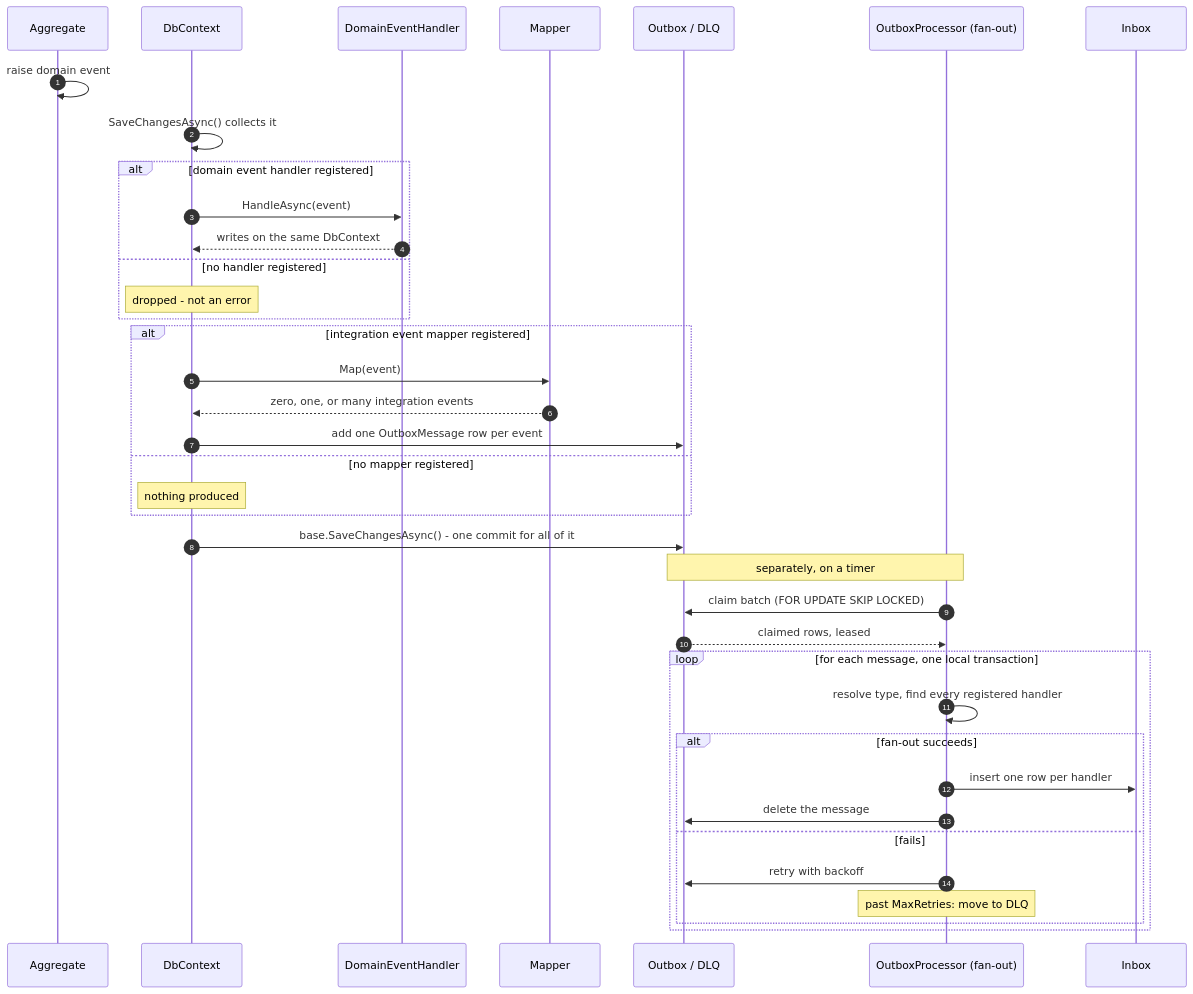
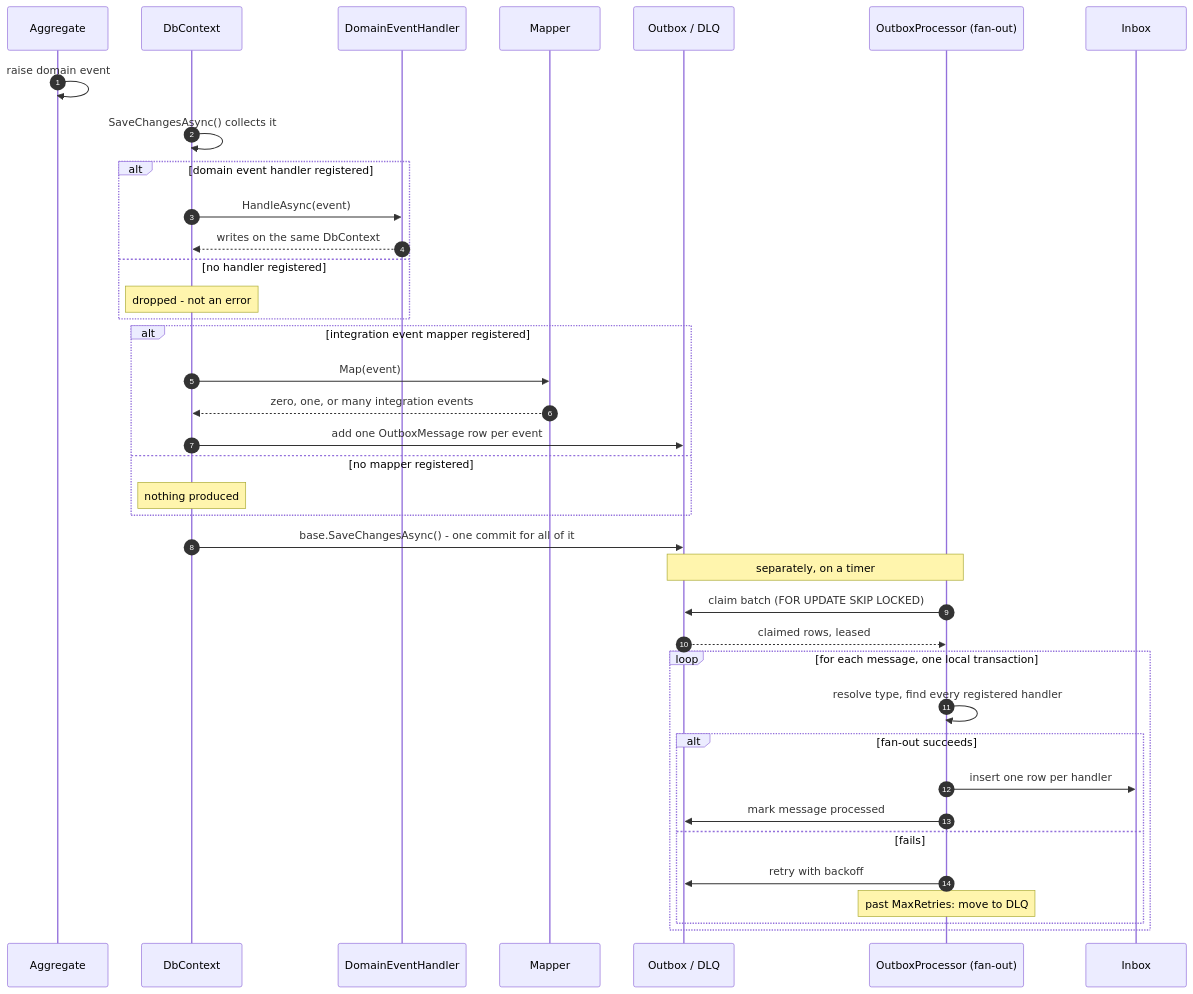
One commit to YannickUllisch/mirama-services changed the diagram in MiramaService/docs/design/background-jobs-outbox-flow.md. Above: the diagram before and after it, drawn with Mermaid. The commit also changed other lines of this file and 15 other files, not shown here.

````diff
--- a/MiramaService/docs/design/background-jobs-outbox-flow.md
+++ b/MiramaService/docs/design/background-jobs-outbox-flow.md
@@ -12,46 +14,46 @@
 ```mermaid
 sequenceDiagram
     autonumber
     participant Agg as Aggregate
     participant DC as DbContext
     participant DH as DomainEventHandler
     participant Map as Mapper
     participant Outbox as Outbox / DLQ
     participant Proc as OutboxProcessor (fan-out)
     participant Inbox as Inbox
 
     Agg->>Agg: raise domain event
     DC->>DC: SaveChangesAsync() collects it
 
     alt domain event handler registered
         DC->>DH: HandleAsync(event)
         DH-->>DC: writes on the same DbContext
     else no handler registered
         Note over DC: dropped - not an error
     end
 
     alt integration event mapper registered
         DC->>Map: Map(event)
         Map-->>DC: zero, one, or many integration events
         DC->>Outbox: add one OutboxMessage row per event
     else no mapper registered
         Note over DC: nothing produced
     end
 
     DC->>Outbox: base.SaveChangesAsync() - one commit for all of it
 
     Note over Proc,Outbox: separately, on a timer
     Proc->>Outbox: claim batch (FOR UPDATE SKIP LOCKED)
     Outbox-->>Proc: claimed rows, leased
 
     loop for each message, one local transaction
         Proc->>Proc: resolve type, find every registered handler
         alt fan-out succeeds
             Proc->>Inbox: insert one row per handler
-            Proc->>Outbox: delete the message
+            Proc->>Outbox: mark message processed
         else fails
             Proc->>Outbox: retry with backoff
             Note over Proc: past MaxRetries: move to DLQ
         end
     end
 ```
````
